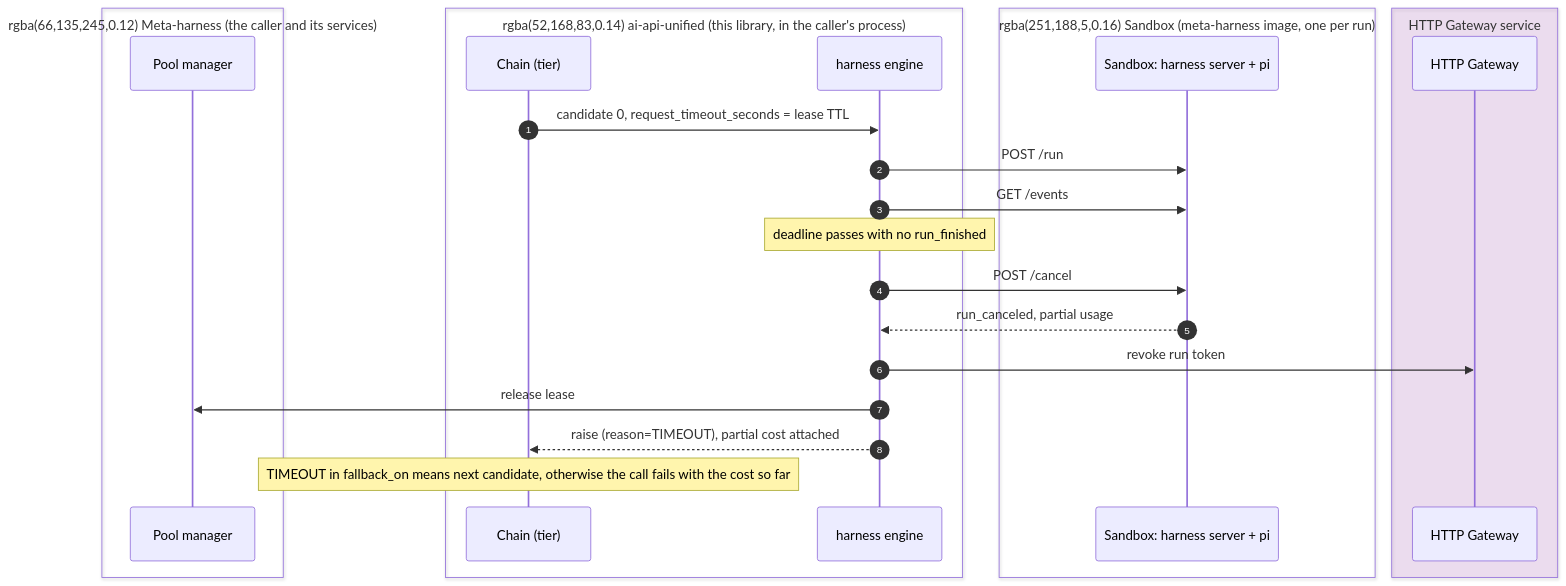
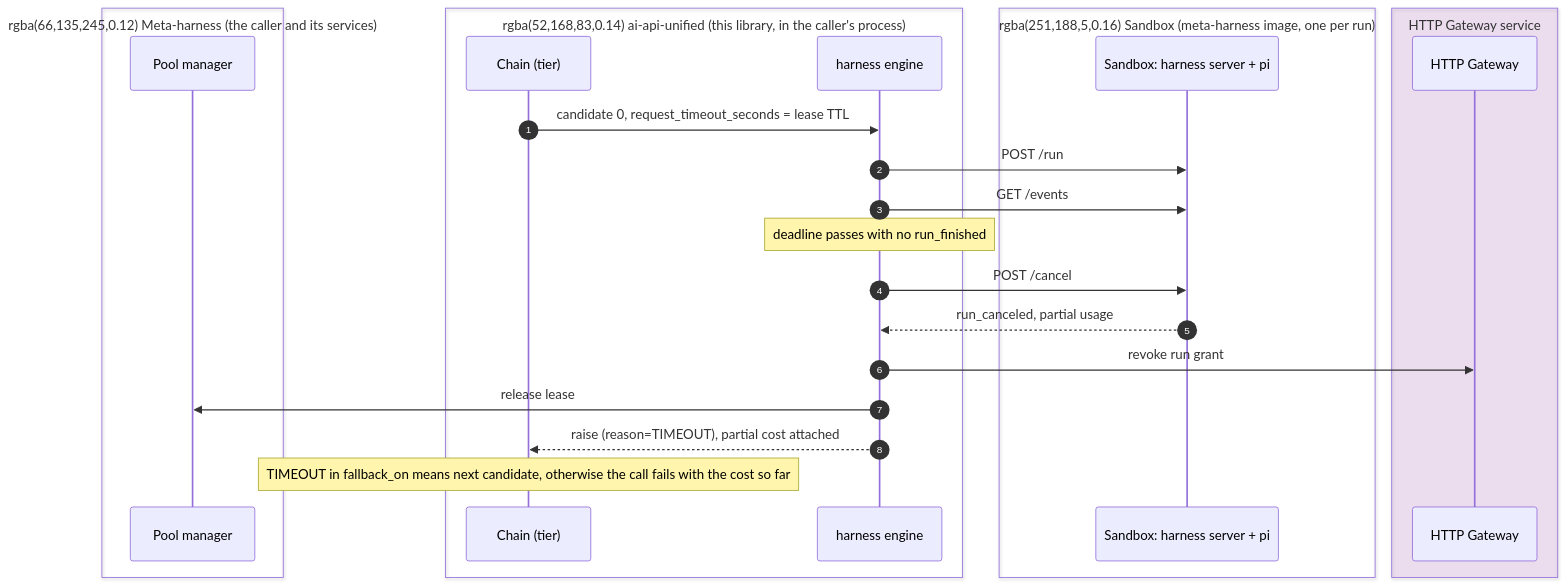
Before and after one commit to davecthomas/ai-api-unified: the seventh of 8 diagrams in docs/harness_engine_design.md, drawn with Mermaid. The commit also changed other lines of this file, not shown here.

First line of the commit message:
docs/harness-engine-design: run grant naming, and the engine withdrawn (#112)

````diff
--- a/docs/harness_engine_design.md
+++ b/docs/harness_engine_design.md
@@ -393,28 +400,28 @@
 ```mermaid
 sequenceDiagram
     autonumber
     box rgba(66,135,245,0.12) Meta-harness (the caller and its services)
     participant P as Pool manager
     end
     box rgba(52,168,83,0.14) ai-api-unified (this library, in the caller's process)
     participant F as Chain (tier)
     participant E as harness engine
     end
     box rgba(251,188,5,0.16) Sandbox (meta-harness image, one per run)
     participant S as Sandbox: harness server + pi
     end
     box rgba(156,39,176,0.12) HTTP Gateway service
     participant GW as HTTP Gateway
     end
 
     F->>E: candidate 0, request_timeout_seconds = lease TTL
     E->>S: POST /run
     E->>S: GET /events
     Note over E: deadline passes with no run_finished
     E->>S: POST /cancel
     S-->>E: run_canceled, partial usage
-    E->>GW: revoke run token
+    E->>GW: revoke run grant
     E->>P: release lease
     E-->>F: raise (reason=TIMEOUT), partial cost attached
     Note over F: TIMEOUT in fallback_on means next candidate, otherwise the call fails with the cost so far
 ```
````
